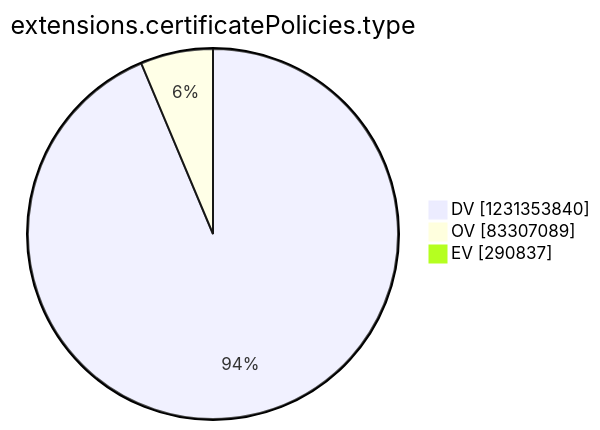
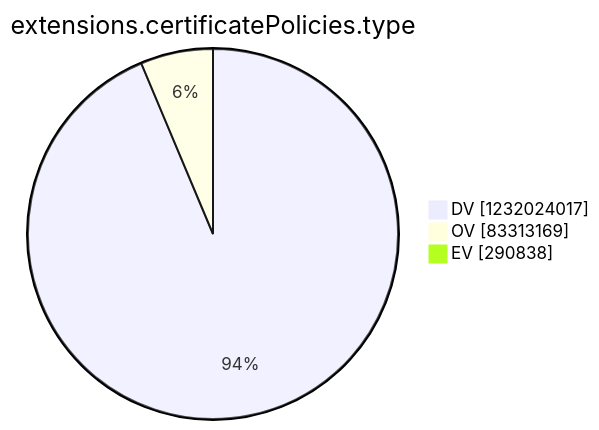
The tenth of 15 diagrams in argon2022/README.md (christiankrug/ctmonitor_visualization), drawn with Mermaid before and after one commit. The commit also changed other lines of this file, not shown here.

````diff
--- a/argon2022/README.md
+++ b/argon2022/README.md
@@ -2770,7 +2770,7 @@
 ```mermaid
 pie showData
 title extensions.certificatePolicies.type
-"DV" :1231353840
-"OV" :83307089
-"EV" :290837
+"DV" :1232024017
+"OV" :83313169
+"EV" :290838
 ```
````
